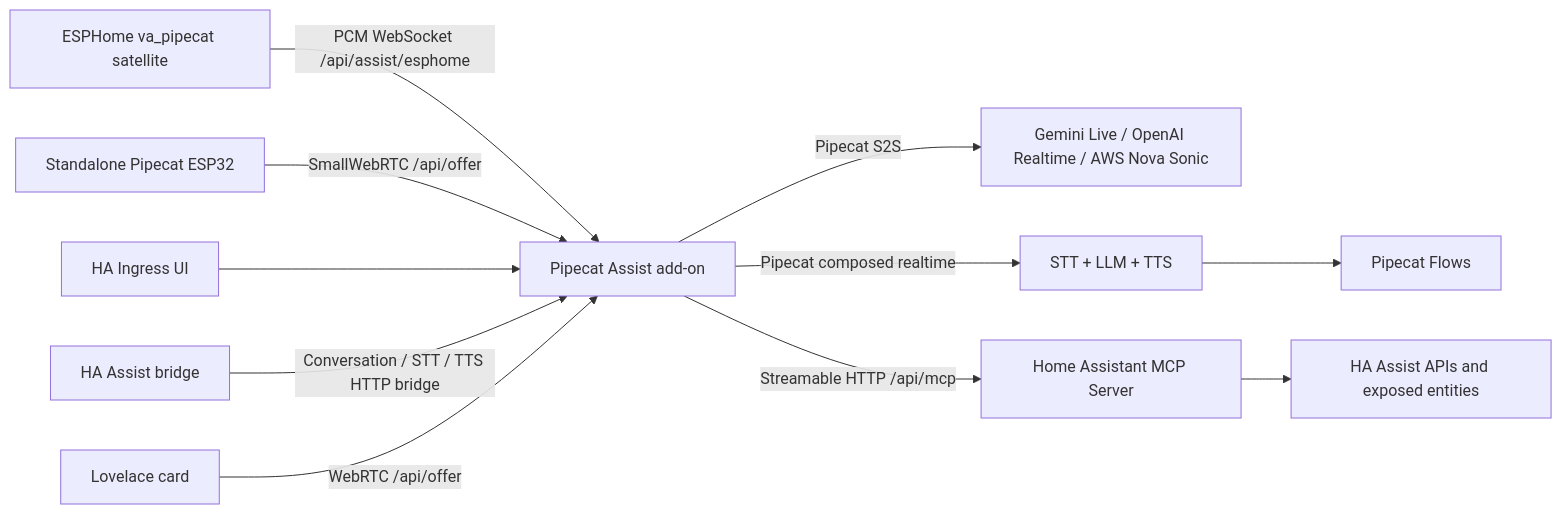
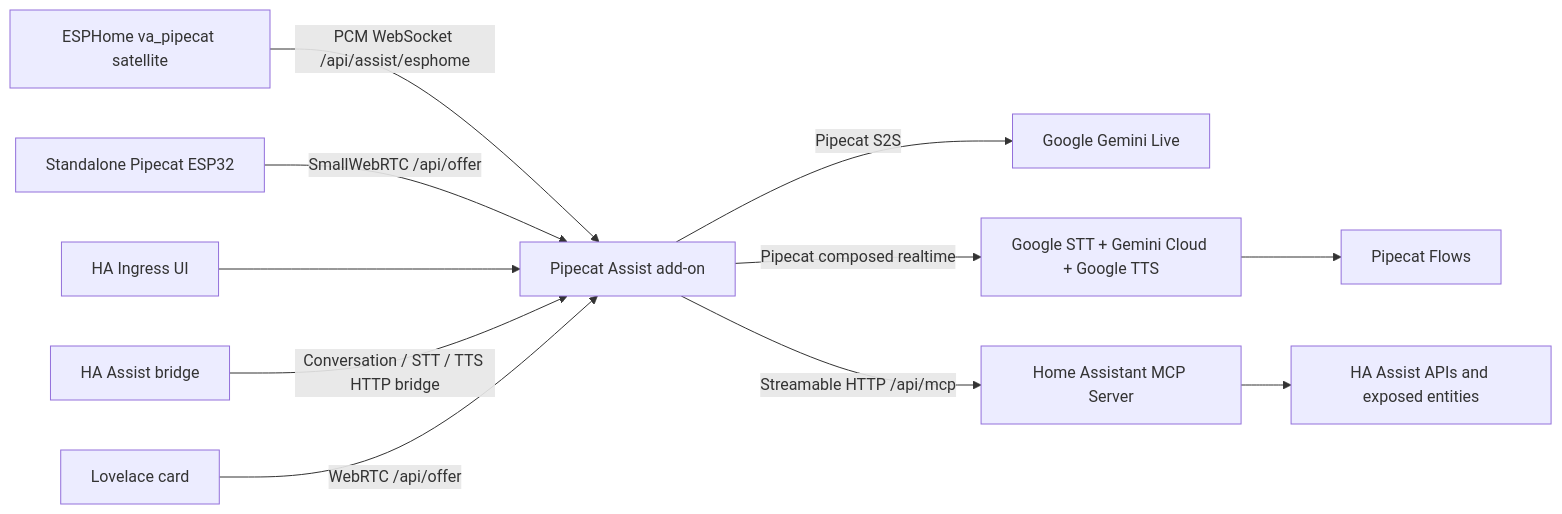
One commit to cs-gergely04/pipecat-live changed the diagram in README.md. Above: the diagram before and after it, drawn with Mermaid. The commit also changed other lines of this file and 34 other files, not shown here.

````diff
--- a/README.md
+++ b/README.md
@@ -156,13 +152,13 @@
 ```mermaid
 flowchart LR
     ESPHome["ESPHome va_pipecat satellite"] -->|"PCM WebSocket /api/assist/esphome"| Addon["Pipecat Assist add-on"]
     ESP32["Standalone Pipecat ESP32"] -->|"SmallWebRTC /api/offer"| Addon
     Browser["HA Ingress UI"] --> Addon
     HAConv["HA Assist bridge"] -->|"Conversation / STT / TTS HTTP bridge"| Addon
     Lovelace["Lovelace card"] -->|"WebRTC /api/offer"| Addon
-    Addon -->|"Pipecat S2S"| Realtime["Gemini Live / OpenAI Realtime / AWS Nova Sonic"]
-    Addon -->|"Pipecat composed realtime"| Cascade["STT + LLM + TTS"]
+    Addon -->|"Pipecat S2S"| Realtime["Google Gemini Live"]
+    Addon -->|"Pipecat composed realtime"| Cascade["Google STT + Gemini Cloud + Google TTS"]
     Cascade --> Flow["Pipecat Flows"]
     Addon -->|"Streamable HTTP /api/mcp"| HAMCP["Home Assistant MCP Server"]
     HAMCP --> Assist["HA Assist APIs and exposed entities"]
 ```
````
